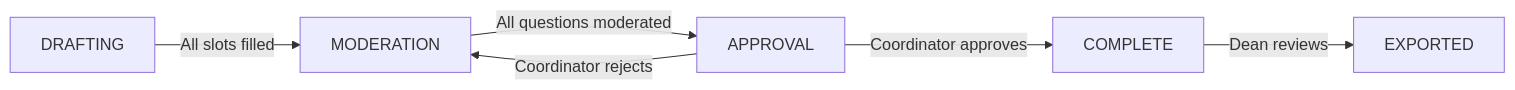
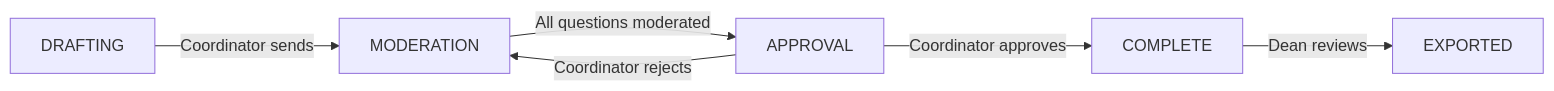
One commit to Newer1107/EMQPGS changed the first of 6 diagrams in README.md. Above: the diagram before and after it, drawn with Mermaid. The commit also changed other lines of this file and 8 other files, not shown here.

Commit message:
refactor: Update documentation and database schema to reflect changes in QuestionBank ownership and lifecycle

````diff
--- a/README.md
+++ b/README.md
@@ -37,8 +41,8 @@
 ```mermaid
 flowchart LR
-    A[DRAFTING] -->|All slots filled| B[MODERATION]
+    A[DRAFTING] -->|Coordinator sends| B[MODERATION]
     B -->|All questions moderated| C[APPROVAL]
     C -->|Coordinator approves| D[COMPLETE]
     C -->|Coordinator rejects| B
     D -->|Dean reviews| E[EXPORTED]
 ```
````
